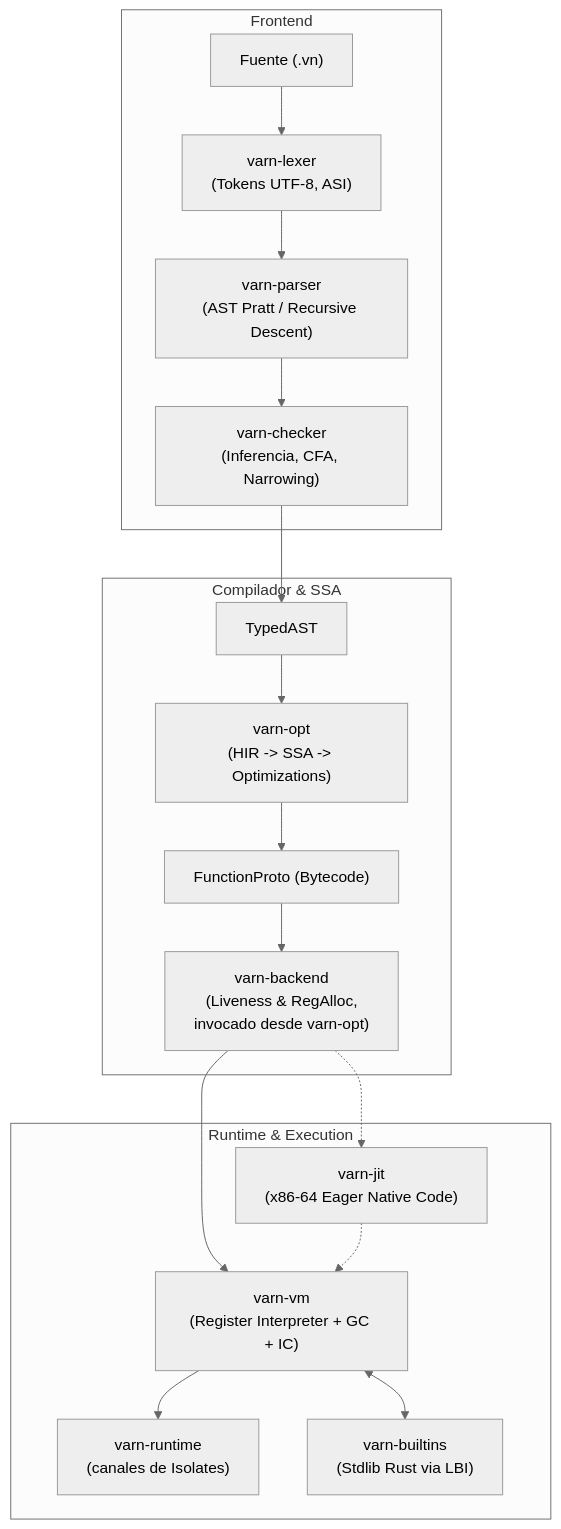
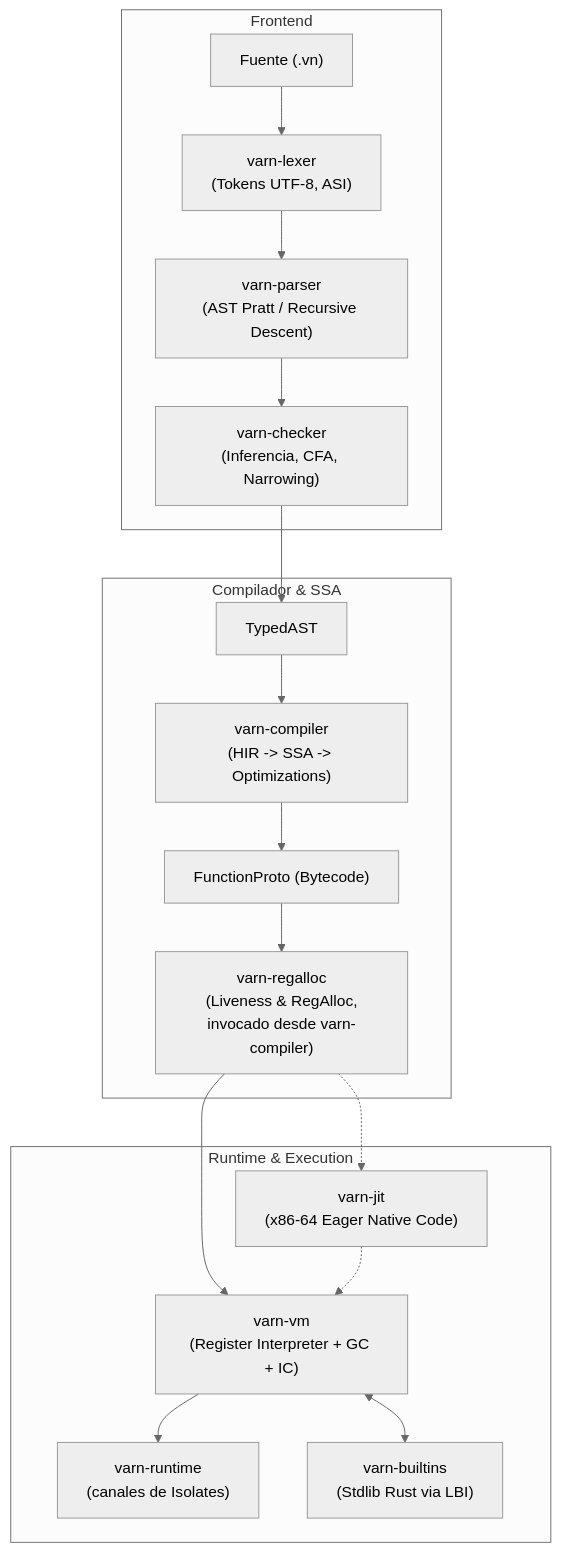
One commit to carlos-burelo/varn changed the first of 4 diagrams in docs/ARCHITECTURE.md. Above: the diagram before and after it, drawn with Mermaid (neutral theme). The commit also changed other lines of this file and 65 other files, not shown here.

````diff
--- a/docs/ARCHITECTURE.md
+++ b/docs/ARCHITECTURE.md
@@ -26,23 +26,23 @@
 ```mermaid
 flowchart TD
     subgraph Frontend
         A["Fuente (.vn)"] --> B["varn-lexer\n(Tokens UTF-8, ASI)"]
         B --> C["varn-parser\n(AST Pratt / Recursive Descent)"]
         C --> D["varn-checker\n(Inferencia, CFA, Narrowing)"]
     end
 
     subgraph Optimization ["Compilador & SSA"]
         D --> E["TypedAST"]
-        E --> F["varn-opt\n(HIR -> SSA -> Optimizations)"]
+        E --> F["varn-compiler\n(HIR -> SSA -> Optimizations)"]
         F --> G["FunctionProto (Bytecode)"]
-        G --> H["varn-backend\n(Liveness & RegAlloc,\ninvocado desde varn-opt)"]
+        G --> H["varn-regalloc\n(Liveness & RegAlloc,\ninvocado desde varn-compiler)"]
     end
 
     subgraph Execution ["Runtime & Execution"]
         H --> I["varn-vm\n(Register Interpreter + GC + IC)"]
         H -.-> J["varn-jit\n(x86-64 Eager Native Code)"]
         J -.-> I
         I --> K["varn-runtime\n(canales de Isolates)"]
         I <--> L["varn-builtins\n(Stdlib Rust via LBI)"]
     end
 ```
````
